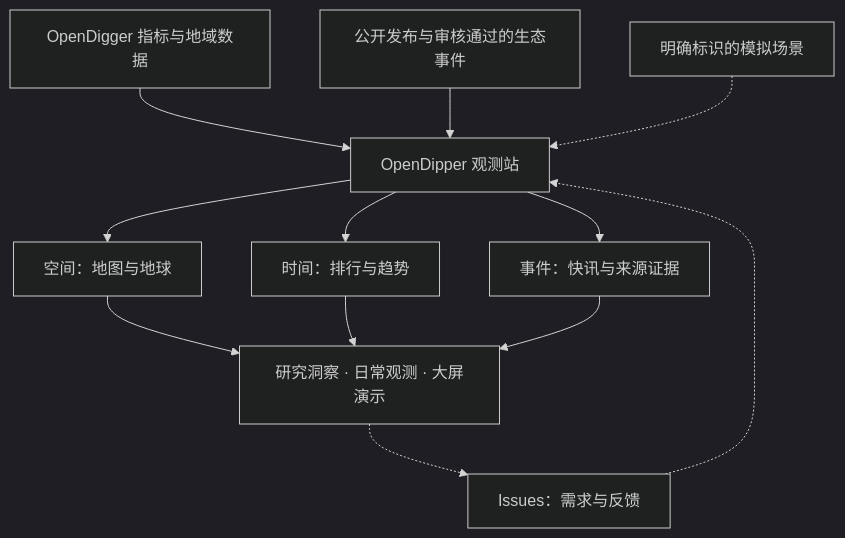
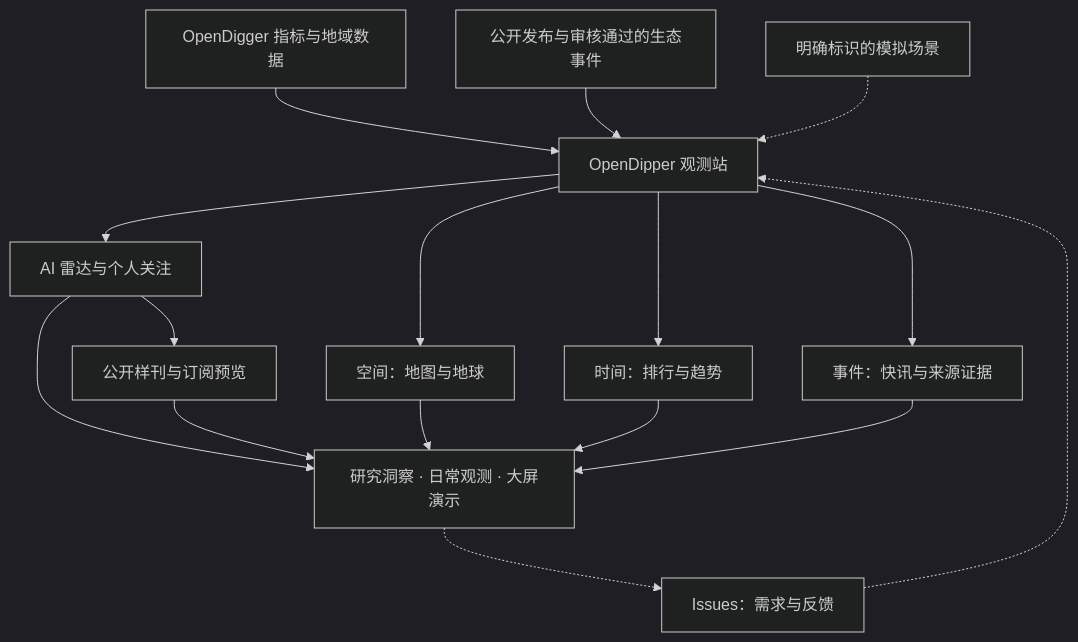
Before and after one commit to X-lab2017/open-dipper: the first of 2 diagrams in README.zh-CN.md, drawn with Mermaid (dark theme). The commit also changed other lines of this file and 31 other files, not shown here.

````diff
--- a/README.zh-CN.md
+++ b/README.zh-CN.md
@@ -17,14 +17,18 @@
 ```mermaid
 flowchart TD
   M["OpenDigger 指标与地域数据"] --> O["OpenDipper 观测站"]
   E["公开发布与审核通过的生态事件"] --> O
   D["明确标识的模拟场景"] -.-> O
   O --> G["空间：地图与地球"]
   O --> T["时间：排行与趋势"]
   O --> W["事件：快讯与来源证据"]
+  O --> R["AI 雷达与个人关注"]
+  R --> V
+  R --> S["公开样刊与订阅预览"]
+  S --> V
   G --> V["研究洞察 · 日常观测 · 大屏演示"]
   T --> V
   W --> V
   V -.-> I["Issues：需求与反馈"]
   I -.-> O
 ```
````
